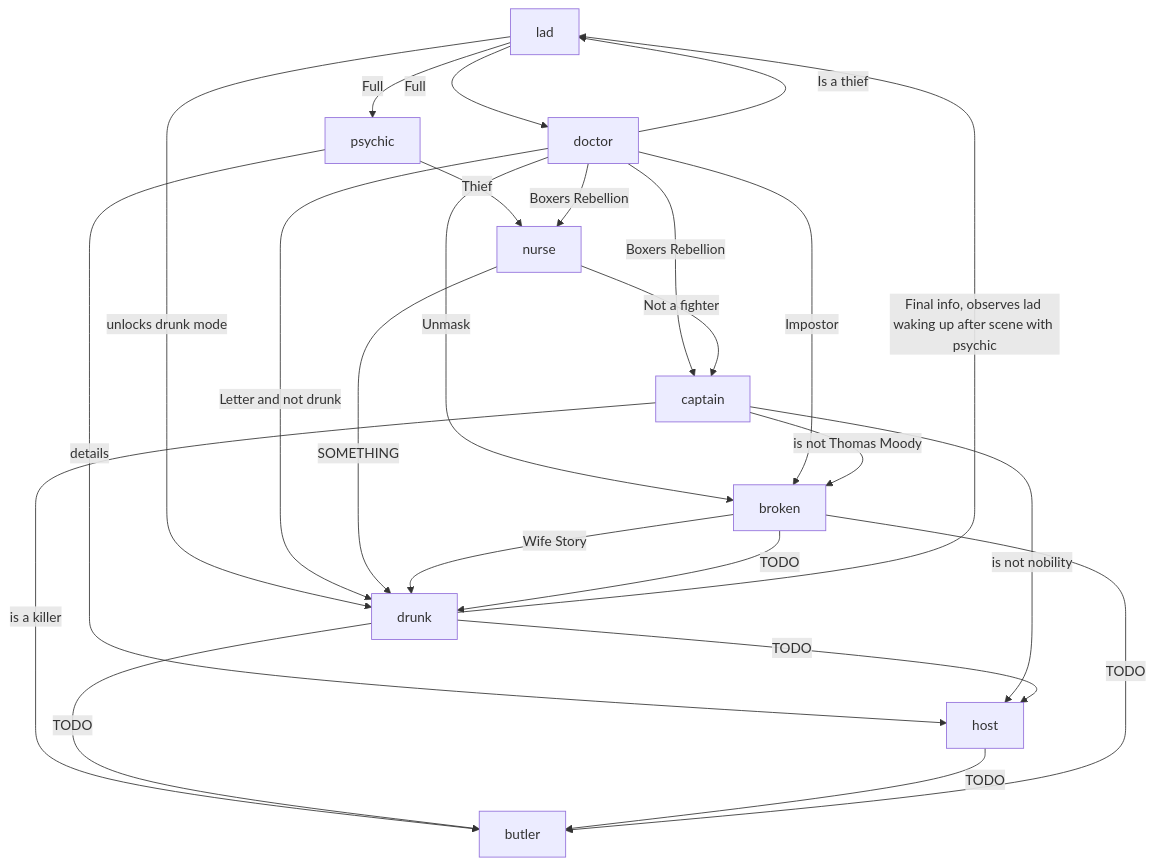
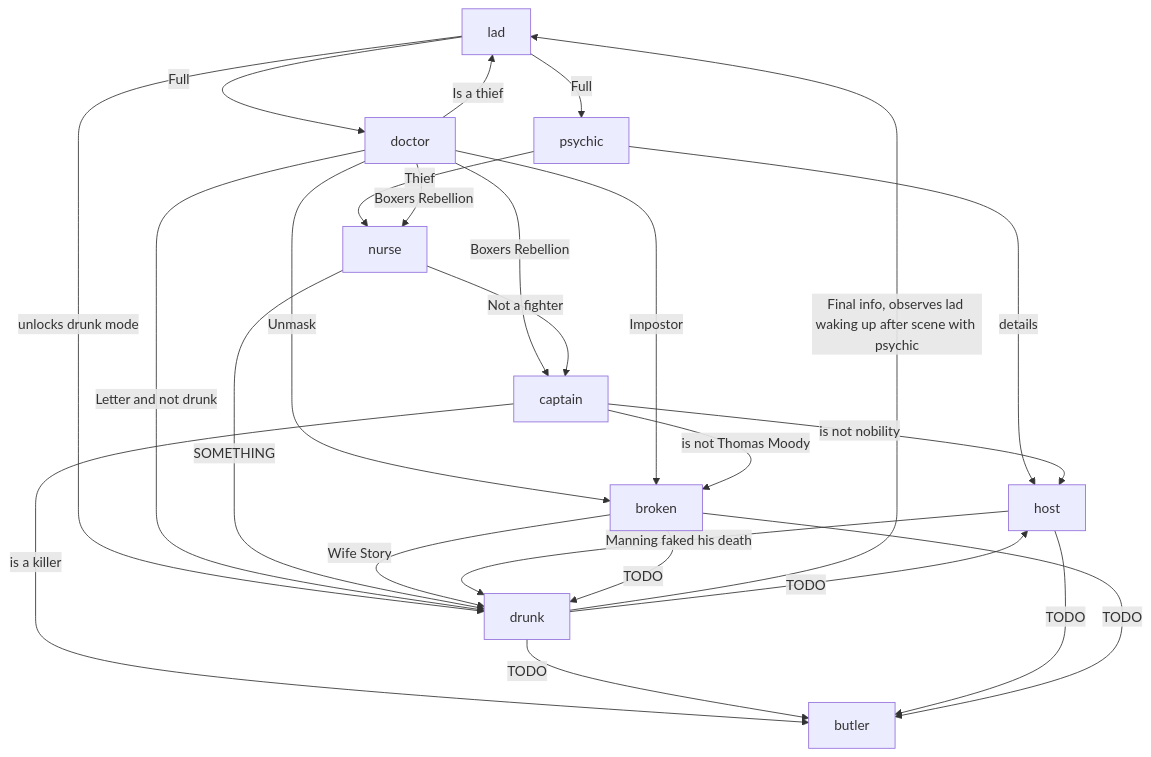
One commit to olivierpierre85/ClaythornManor changed the diagram in docs/game_story/unlock.md. Above: the diagram before and after it, drawn with Mermaid. The commit also changed other lines of this file and 11 other files, not shown here.

````diff
--- a/docs/game_story/unlock.md
+++ b/docs/game_story/unlock.md
@@ -5,26 +5,27 @@
 ```mermaid
 graph TD;
     lad -->|Full| doctor;
     lad -->|Full| psychic;
     lad -->|unlocks drunk mode| drunk;
     psychic -->|Thief| nurse;
     psychic -->|details| host;
     doctor -->|Boxers Rebellion | nurse;
     doctor -->|Boxers Rebellion| captain;
     doctor -->|Letter and not drunk| drunk;
     doctor -->|Unmask| broken;
     doctor -->|Is a thief| lad;
     doctor -->|Impostor| broken;
     nurse -->|Not a fighter| captain;
     nurse -->|SOMETHING| drunk;
     captain -->|is not nobility| host;
     captain -->|is not Thomas Moody| broken;
     broken -->|Wife Story| drunk;
     drunk -->|Final info, observes lad waking up after scene with psychic| lad;
     captain -->|is a killer| butler;
     drunk -->|TODO| butler;
     drunk -->|TODO| host;
+    host -->|Manning faked his death| drunk;
     host -->|TODO| butler;
     broken -->|TODO| butler;
     broken -->|TODO| drunk;
 ```
````
